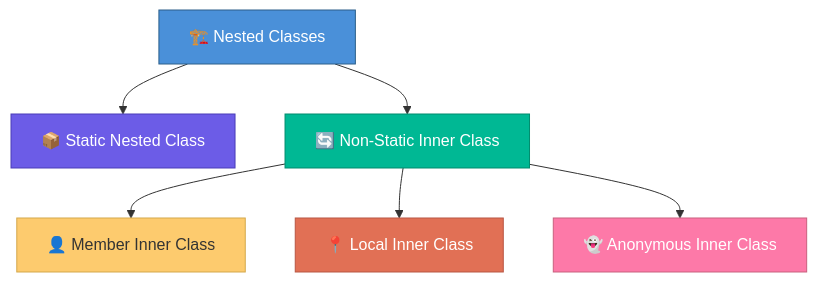
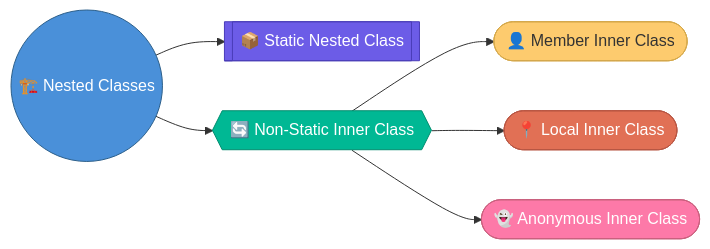
Before and after one commit to saivamsikaruturi/vamsilabs-dev-notes-main: the diagram in docs/java/InnerClasses.md, drawn with Mermaid. The commit also changed 146 other files, not shown here.

Commit message:
Horizontal diagrams, UML class diagrams, typography overhaul, and permalink cleanup

````diff
--- a/docs/java/InnerClasses.md
+++ b/docs/java/InnerClasses.md
@@ -9,15 +9,15 @@
 ```mermaid
-graph TD
-    A[🏗️ Nested Classes] --> B[📦 Static Nested Class]
-    A --> C[🔄 Non-Static Inner Class]
-    C --> D[👤 Member Inner Class]
-    C --> E[📍 Local Inner Class]
-    C --> F[👻 Anonymous Inner Class]
+flowchart LR
+    A(("🏗️ Nested Classes")) --> B[["📦 Static Nested Class"]]
+    A --> C{{"🔄 Non-Static Inner Class"}}
+    C --> D(["👤 Member Inner Class"])
+    C --> E(["📍 Local Inner Class"])
+    C --> F(["👻 Anonymous Inner Class"])
 
     style A fill:#4a90d9,stroke:#2c5f8a,color:#fff
     style B fill:#6c5ce7,stroke:#4a3db8,color:#fff
     style C fill:#00b894,stroke:#008c6e,color:#fff
     style D fill:#fdcb6e,stroke:#d4a84b,color:#333
     style E fill:#e17055,stroke:#b85643,color:#fff
     style F fill:#fd79a8,stroke:#c9607e,color:#fff
 ```
````
